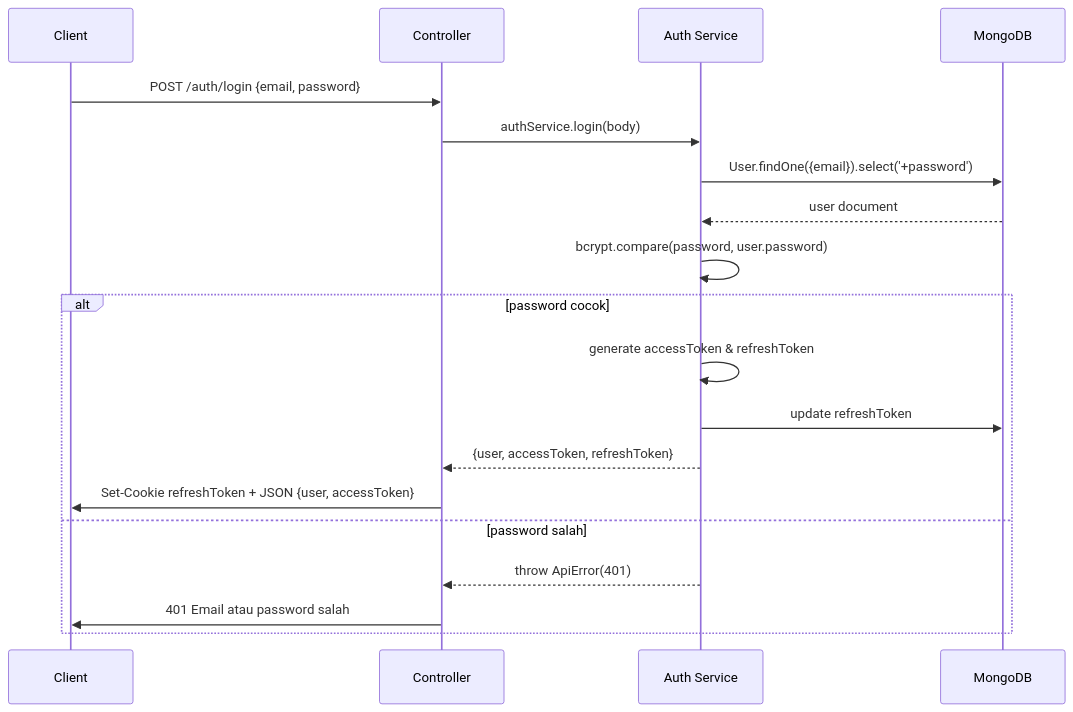
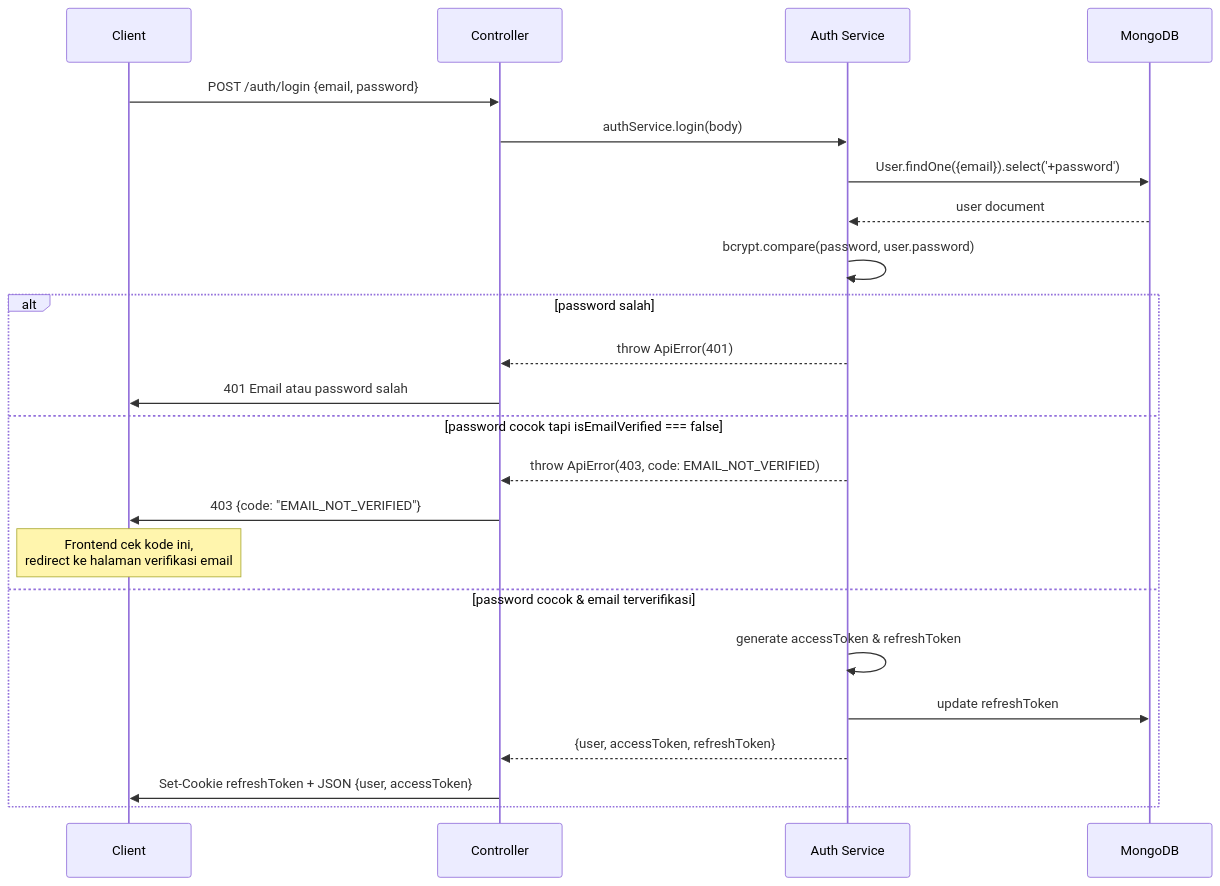
The second of 10 diagrams in README.md (505-kada-team/backend-dev), drawn with Mermaid before and after one commit. The commit also changed other lines of this file and 14 other files, not shown here.

First line of the commit message:
feat: tambah verifikasi email, forgot password, dan change password

````diff
--- a/README.md
+++ b/README.md
@@ -87,22 +119,26 @@
 ```mermaid
 sequenceDiagram
     participant C as Client
     participant Ctrl as Controller
     participant S as Auth Service
     participant DB as MongoDB
 
     C->>Ctrl: POST /auth/login {email, password}
     Ctrl->>S: authService.login(body)
     S->>DB: User.findOne({email}).select('+password')
     DB-->>S: user document
     S->>S: bcrypt.compare(password, user.password)
-    alt password cocok
+    alt password salah
+        S-->>Ctrl: throw ApiError(401)
+        Ctrl->>C: 401 Email atau password salah
+    else password cocok tapi isEmailVerified === false
+        S-->>Ctrl: throw ApiError(403, code: EMAIL_NOT_VERIFIED)
+        Ctrl->>C: 403 {code: "EMAIL_NOT_VERIFIED"}
+        Note over C: Frontend cek kode ini,<br/>redirect ke halaman verifikasi email
+    else password cocok & email terverifikasi
         S->>S: generate accessToken & refreshToken
         S->>DB: update refreshToken
         S-->>Ctrl: {user, accessToken, refreshToken}
         Ctrl->>C: Set-Cookie refreshToken + JSON {user, accessToken}
-    else password salah
-        S-->>Ctrl: throw ApiError(401)
-        Ctrl->>C: 401 Email atau password salah
     end
 ```
````
